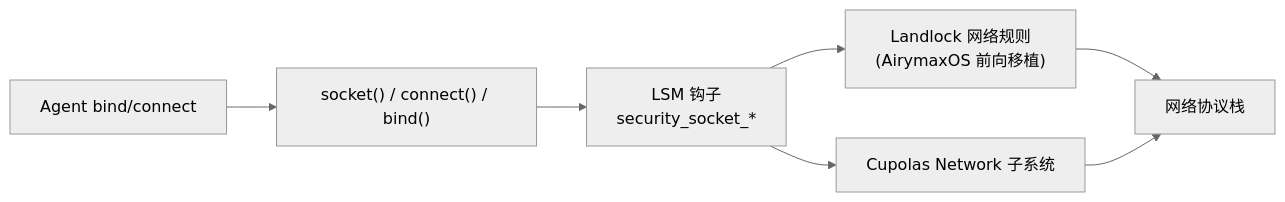
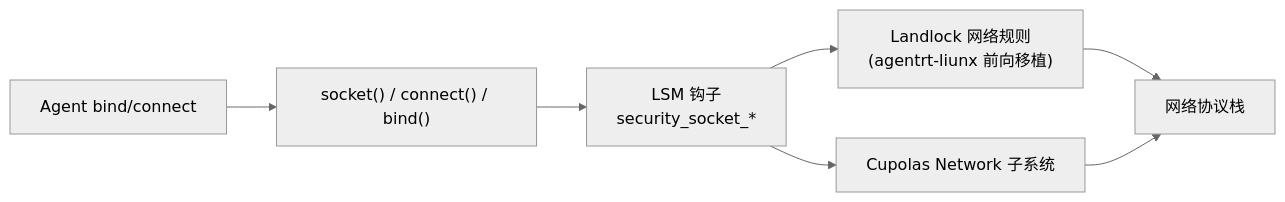
Before and after one commit to openairymax/docs: the second of 2 diagrams in AirymaxAgentOS/110-security/02-landlock-sandbox.md, drawn with Mermaid (neutral theme). The commit also changed other lines of this file and 99 other files, not shown here.

````diff
--- a/AirymaxAgentOS/110-security/02-landlock-sandbox.md
+++ b/AirymaxAgentOS/110-security/02-landlock-sandbox.md
@@ -252,9 +252,9 @@
 ```mermaid
 flowchart LR
     APP["Agent bind/connect"] --> SC["socket() / connect() / bind()"]
     SC --> LSM["LSM 钩子<br/>security_socket_*"]
-    LSM --> LL["Landlock 网络规则<br/>(AirymaxOS 前向移植)"]
+    LSM --> LL["Landlock 网络规则<br/>(agentrt-liunx 前向移植)"]
     LSM --> CUP["Cupolas Network 子系统"]
     LL --> NET["网络协议栈"]
     CUP --> NET
 ```
````
